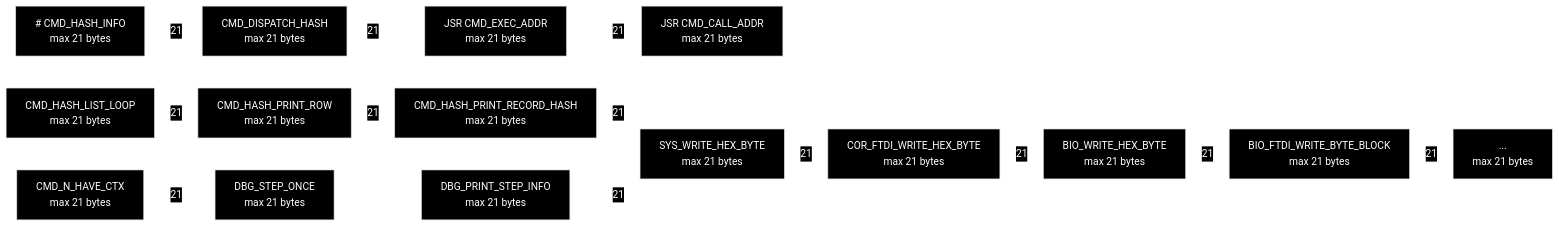
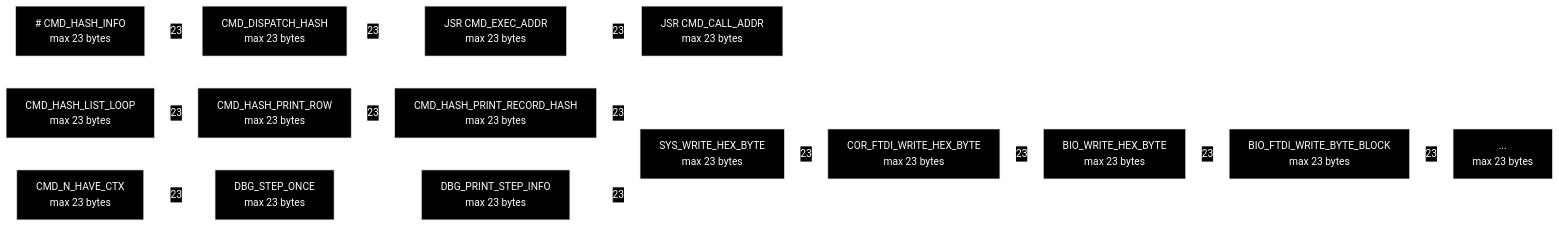
One commit to 95westus/R-YORS changed the second of 2 diagrams in DOC/GENERATED/STACK_DEPTH_MAP.md. Above: the diagram before and after it, drawn with Mermaid. The commit also changed other lines of this file and 33 other files, not shown here.

````diff
--- a/DOC/GENERATED/STACK_DEPTH_MAP.md
+++ b/DOC/GENERATED/STACK_DEPTH_MAP.md
@@ -30,17 +30,17 @@
 ```mermaid
 %%{init: {"theme": "base", "themeVariables": {"background": "#000000", "mainBkg": "#000000", "primaryColor": "#000000", "primaryBorderColor": "#d8d8d8", "primaryTextColor": "#ffffff", "lineColor": "#ffffff", "secondaryColor": "#000000", "tertiaryColor": "#000000", "clusterBkg": "#000000", "clusterBorder": "#999999", "edgeLabelBackground": "#000000"}}}%%
 flowchart LR
     classDef default fill:#000000,stroke:#d8d8d8,color:#ffffff;
-    SD_HIMON_CMD_DISPATCH_HASH["CMD_DISPATCH_HASH<br/>max 21 bytes"] -->|21| SD_HIMON_JSR_CMD_EXEC_ADDR["JSR CMD_EXEC_ADDR<br/>max 21 bytes"]
-    SD_HIMON_JSR_CMD_EXEC_ADDR["JSR CMD_EXEC_ADDR<br/>max 21 bytes"] -->|21| SD_HIMON_JSR_CMD_CALL_ADDR["JSR CMD_CALL_ADDR<br/>max 21 bytes"]
-    SD_HIMON_BIO_WRITE_HEX_BYTE["BIO_WRITE_HEX_BYTE<br/>max 21 bytes"] -->|21| SD_HIMON_BIO_FTDI_WRITE_BYTE_BLOCK["BIO_FTDI_WRITE_BYTE_BLOCK<br/>max 21 bytes"]
-    SD_HIMON_COR_FTDI_WRITE_HEX_BYTE["COR_FTDI_WRITE_HEX_BYTE<br/>max 21 bytes"] -->|21| SD_HIMON_BIO_WRITE_HEX_BYTE["BIO_WRITE_HEX_BYTE<br/>max 21 bytes"]
-    SD_HIMON_SYS_WRITE_HEX_BYTE["SYS_WRITE_HEX_BYTE<br/>max 21 bytes"] -->|21| SD_HIMON_COR_FTDI_WRITE_HEX_BYTE["COR_FTDI_WRITE_HEX_BYTE<br/>max 21 bytes"]
-    SD_HIMON_BIO_FTDI_WRITE_BYTE_BLOCK["BIO_FTDI_WRITE_BYTE_BLOCK<br/>max 21 bytes"] -->|21| SD_HIMON_NODE["...<br/>max 21 bytes"]
-    SD_HIMON_CMD_HASH_INFO["# CMD_HASH_INFO<br/>max 21 bytes"] -->|21| SD_HIMON_CMD_DISPATCH_HASH["CMD_DISPATCH_HASH<br/>max 21 bytes"]
-    SD_HIMON_CMD_HASH_LIST_LOOP["CMD_HASH_LIST_LOOP<br/>max 21 bytes"] -->|21| SD_HIMON_CMD_HASH_PRINT_ROW["CMD_HASH_PRINT_ROW<br/>max 21 bytes"]
-    SD_HIMON_CMD_HASH_PRINT_RECORD_HASH["CMD_HASH_PRINT_RECORD_HASH<br/>max 21 bytes"] -->|21| SD_HIMON_SYS_WRITE_HEX_BYTE["SYS_WRITE_HEX_BYTE<br/>max 21 bytes"]
-    SD_HIMON_CMD_HASH_PRINT_ROW["CMD_HASH_PRINT_ROW<br/>max 21 bytes"] -->|21| SD_HIMON_CMD_HASH_PRINT_RECORD_HASH["CMD_HASH_PRINT_RECORD_HASH<br/>max 21 bytes"]
-    SD_HIMON_CMD_N_HAVE_CTX["CMD_N_HAVE_CTX<br/>max 21 bytes"] -->|21| SD_HIMON_DBG_STEP_ONCE["DBG_STEP_ONCE<br/>max 21 bytes"]
-    SD_HIMON_DBG_PRINT_STEP_INFO["DBG_PRINT_STEP_INFO<br/>max 21 bytes"] -->|21| SD_HIMON_SYS_WRITE_HEX_BYTE["SYS_WRITE_HEX_BYTE<br/>max 21 bytes"]
+    SD_HIMON_CMD_DISPATCH_HASH["CMD_DISPATCH_HASH<br/>max 23 bytes"] -->|23| SD_HIMON_JSR_CMD_EXEC_ADDR["JSR CMD_EXEC_ADDR<br/>max 23 bytes"]
+    SD_HIMON_JSR_CMD_EXEC_ADDR["JSR CMD_EXEC_ADDR<br/>max 23 bytes"] -->|23| SD_HIMON_JSR_CMD_CALL_ADDR["JSR CMD_CALL_ADDR<br/>max 23 bytes"]
+    SD_HIMON_BIO_WRITE_HEX_BYTE["BIO_WRITE_HEX_BYTE<br/>max 23 bytes"] -->|23| SD_HIMON_BIO_FTDI_WRITE_BYTE_BLOCK["BIO_FTDI_WRITE_BYTE_BLOCK<br/>max 23 bytes"]
+    SD_HIMON_COR_FTDI_WRITE_HEX_BYTE["COR_FTDI_WRITE_HEX_BYTE<br/>max 23 bytes"] -->|23| SD_HIMON_BIO_WRITE_HEX_BYTE["BIO_WRITE_HEX_BYTE<br/>max 23 bytes"]
+    SD_HIMON_SYS_WRITE_HEX_BYTE["SYS_WRITE_HEX_BYTE<br/>max 23 bytes"] -->|23| SD_HIMON_COR_FTDI_WRITE_HEX_BYTE["COR_FTDI_WRITE_HEX_BYTE<br/>max 23 bytes"]
+    SD_HIMON_BIO_FTDI_WRITE_BYTE_BLOCK["BIO_FTDI_WRITE_BYTE_BLOCK<br/>max 23 bytes"] -->|23| SD_HIMON_NODE["...<br/>max 23 bytes"]
+    SD_HIMON_CMD_HASH_INFO["# CMD_HASH_INFO<br/>max 23 bytes"] -->|23| SD_HIMON_CMD_DISPATCH_HASH["CMD_DISPATCH_HASH<br/>max 23 bytes"]
+    SD_HIMON_CMD_HASH_LIST_LOOP["CMD_HASH_LIST_LOOP<br/>max 23 bytes"] -->|23| SD_HIMON_CMD_HASH_PRINT_ROW["CMD_HASH_PRINT_ROW<br/>max 23 bytes"]
+    SD_HIMON_CMD_HASH_PRINT_RECORD_HASH["CMD_HASH_PRINT_RECORD_HASH<br/>max 23 bytes"] -->|23| SD_HIMON_SYS_WRITE_HEX_BYTE["SYS_WRITE_HEX_BYTE<br/>max 23 bytes"]
+    SD_HIMON_CMD_HASH_PRINT_ROW["CMD_HASH_PRINT_ROW<br/>max 23 bytes"] -->|23| SD_HIMON_CMD_HASH_PRINT_RECORD_HASH["CMD_HASH_PRINT_RECORD_HASH<br/>max 23 bytes"]
+    SD_HIMON_CMD_N_HAVE_CTX["CMD_N_HAVE_CTX<br/>max 23 bytes"] -->|23| SD_HIMON_DBG_STEP_ONCE["DBG_STEP_ONCE<br/>max 23 bytes"]
+    SD_HIMON_DBG_PRINT_STEP_INFO["DBG_PRINT_STEP_INFO<br/>max 23 bytes"] -->|23| SD_HIMON_SYS_WRITE_HEX_BYTE["SYS_WRITE_HEX_BYTE<br/>max 23 bytes"]
 ```
````
